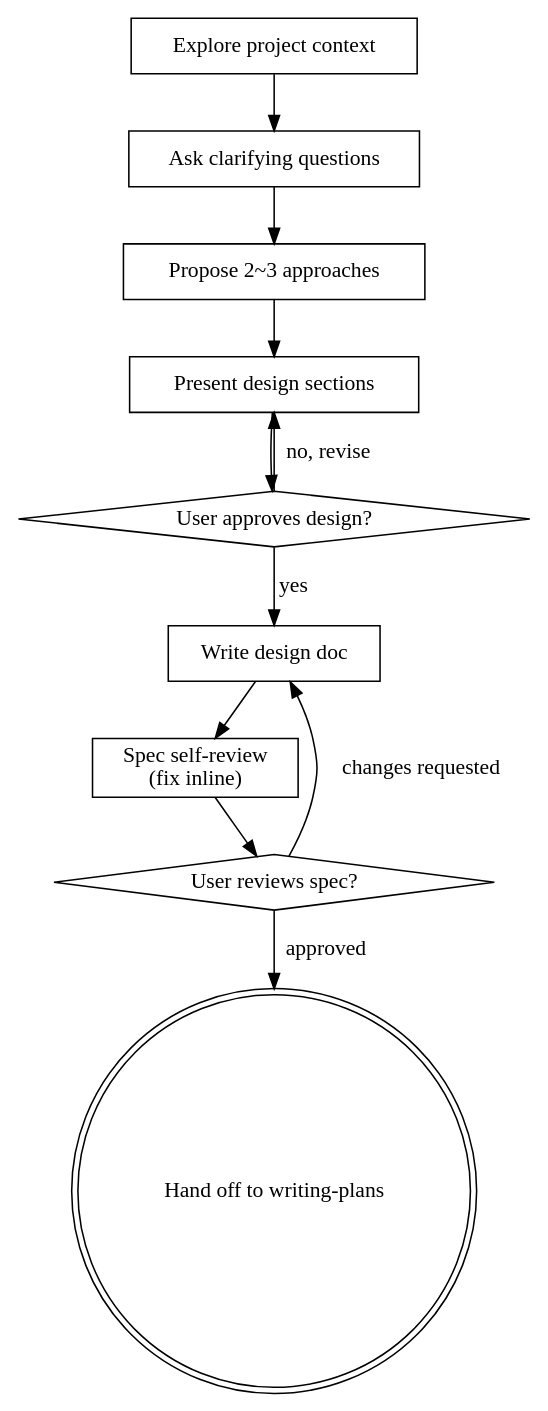
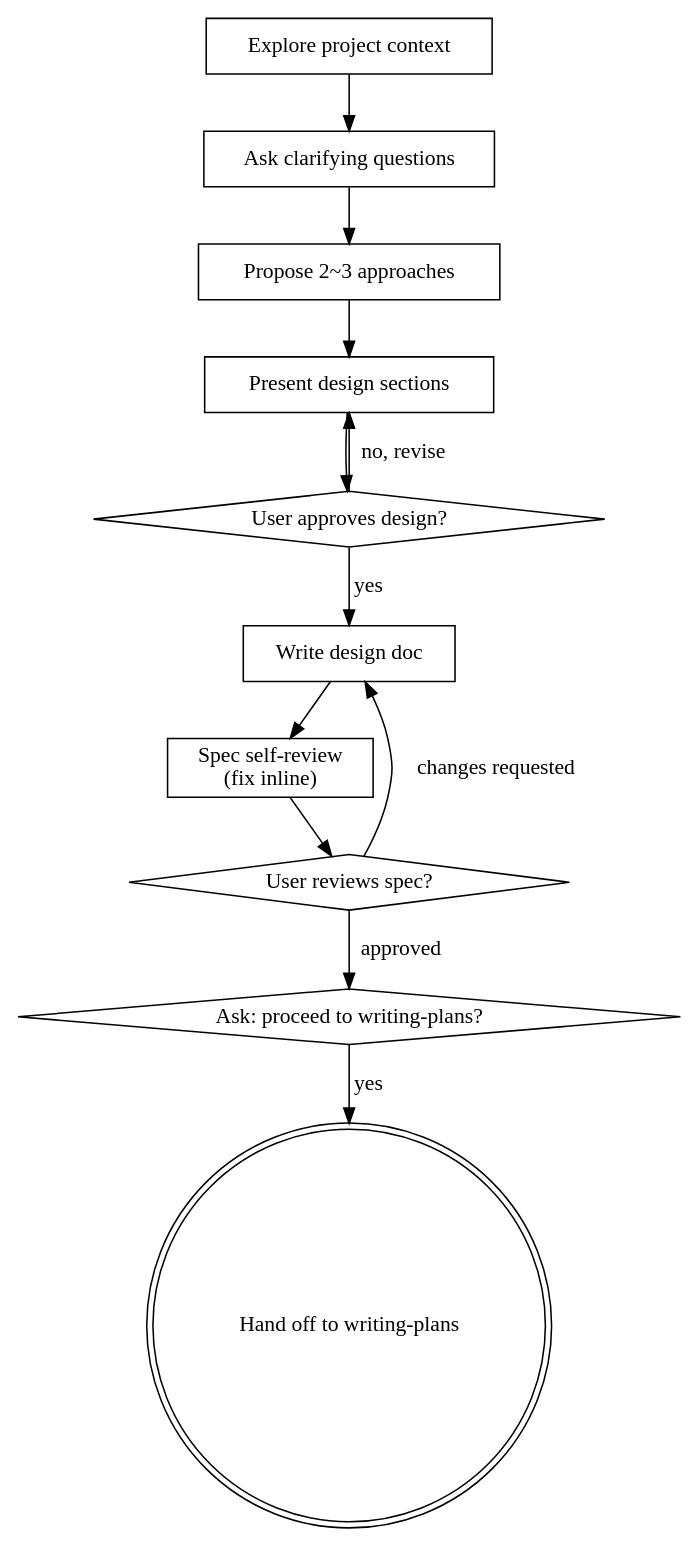
The diagram in agent_settings/skills/brainstorming/SKILL.md (coldmon91/custom4agent), drawn with Graphviz before and after one commit. The commit also changed other lines of this file, not shown here.

First line of the commit message:
Ask before handing brainstorming off to writing-plans

````diff
--- a/agent_settings/skills/brainstorming/SKILL.md
+++ b/agent_settings/skills/brainstorming/SKILL.md
@@ -40,24 +40,26 @@
 ```dot
 digraph brainstorming {
     "Explore project context" [shape=box];
     "Ask clarifying questions" [shape=box];
     "Propose 2~3 approaches" [shape=box];
     "Present design sections" [shape=box];
     "User approves design?" [shape=diamond];
     "Write design doc" [shape=box];
     "Spec self-review\n(fix inline)" [shape=box];
     "User reviews spec?" [shape=diamond];
+    "Ask: proceed to writing-plans?" [shape=diamond];
     "Hand off to writing-plans" [shape=doublecircle];
 
     "Explore project context" -> "Ask clarifying questions";
     "Ask clarifying questions" -> "Propose 2~3 approaches";
     "Propose 2~3 approaches" -> "Present design sections";
     "Present design sections" -> "User approves design?";
     "User approves design?" -> "Present design sections" [label="no, revise"];
     "User approves design?" -> "Write design doc" [label="yes"];
     "Write design doc" -> "Spec self-review\n(fix inline)";
     "Spec self-review\n(fix inline)" -> "User reviews spec?";
     "User reviews spec?" -> "Write design doc" [label="changes requested"];
-    "User reviews spec?" -> "Hand off to writing-plans" [label="approved"];
+    "User reviews spec?" -> "Ask: proceed to writing-plans?" [label="approved"];
+    "Ask: proceed to writing-plans?" -> "Hand off to writing-plans" [label="yes"];
 }
 ```
````
